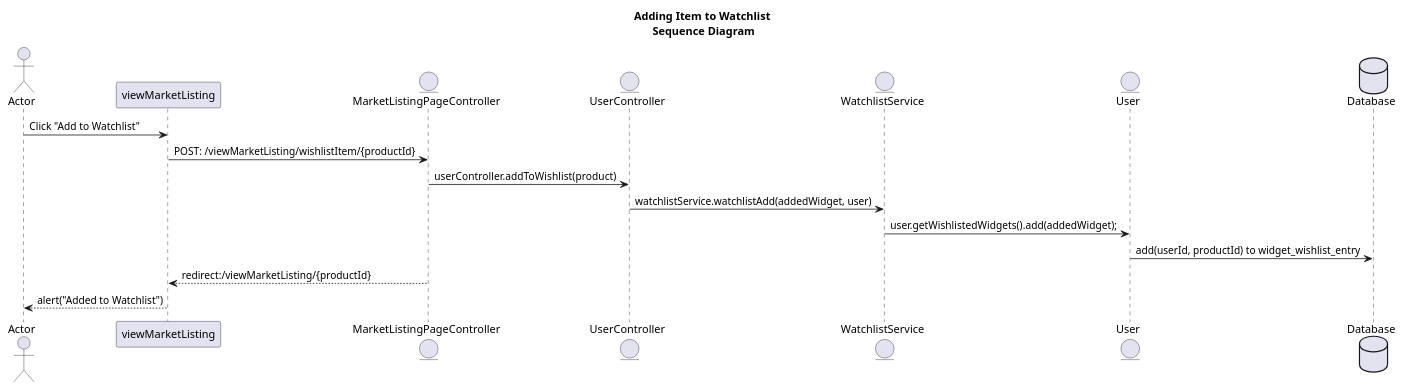
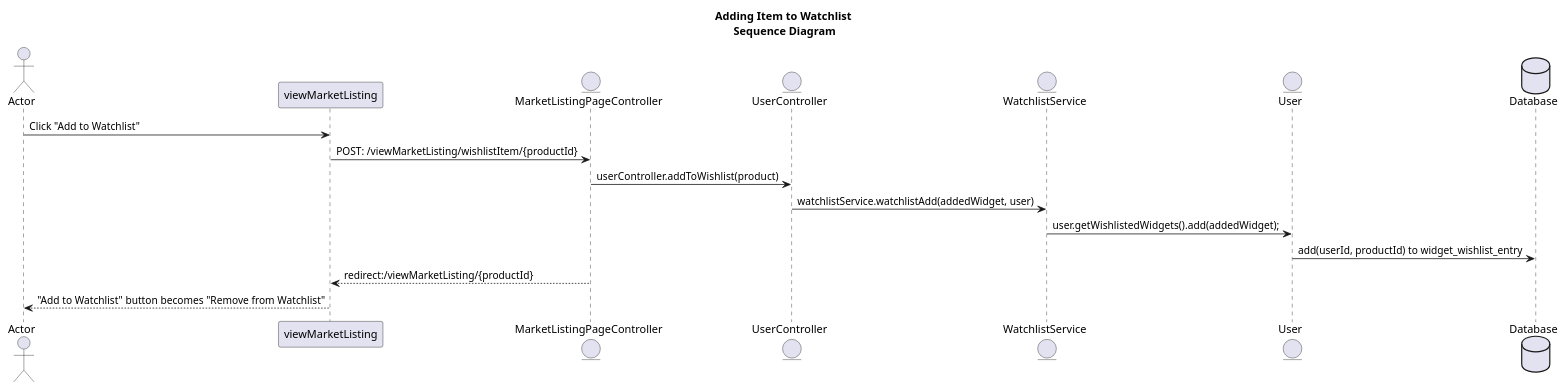
The diagram in OnlineAuction/Documents/UML Diagrams/Watchlist/AddToWatchlistSequenceDiagram.puml (lukemcelligott/Offerly), drawn with PlantUML before and after one commit. The commit also changed 3 other files, not shown here.

Commit message:
#74 - added update market listing and update watchlist via bidding sequence diagrams

```diff
--- a/OnlineAuction/Documents/UML Diagrams/Watchlist/AddToWatchlistSequenceDiagram.puml
+++ b/OnlineAuction/Documents/UML Diagrams/Watchlist/AddToWatchlistSequenceDiagram.puml
@@ -1,21 +1,22 @@
 @startuml
-title     Adding Item to Watchlist \nSequence Diagram
+
+title          Adding Item to Watchlist \nSequence Diagram
 
 actor          Actor                            as actor
 participant    viewMarketListing                as viewMarketListing
 entity         MarketListingPageController      as marketListController
 entity         UserController                   as userController
 entity         WatchlistService                 as watchlistService
 entity         User                             as user
 database       Database                         as database
 
 actor                  ->     viewMarketListing       : Click "Add to Watchlist"
 viewMarketListing      ->     marketListController    : POST: /viewMarketListing/wishlistItem/{productId}
 marketListController   ->     userController          : userController.addToWishlist(product)
 userController         ->     watchlistService        : watchlistService.watchlistAdd(addedWidget, user)
 watchlistService       ->     user                    : user.getWishlistedWidgets().add(addedWidget);
 user                   ->     database                : add(userId, productId) to widget_wishlist_entry
 marketListController   -->    viewMarketListing       : redirect:/viewMarketListing/{productId}
-viewMarketListing      -->    actor                   : alert("Added to Watchlist")
+viewMarketListing      -->    actor                   : "Add to Watchlist" button becomes "Remove from Watchlist"
 
 @enduml
```
